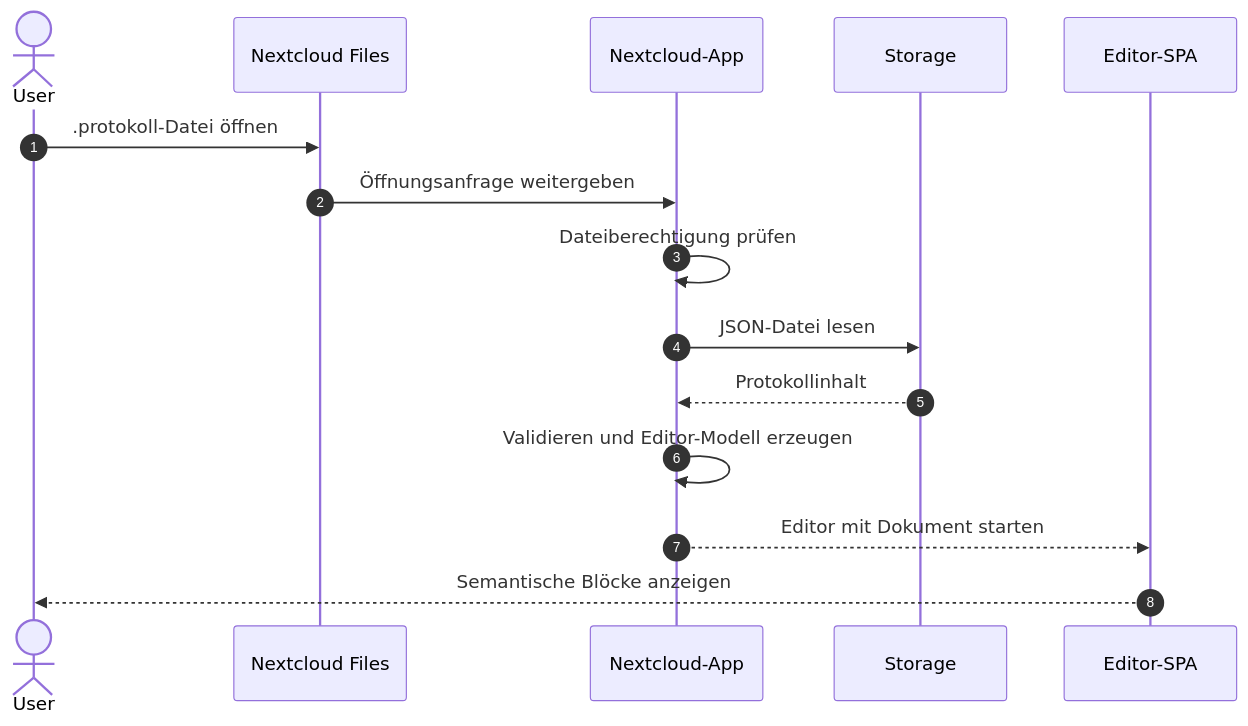
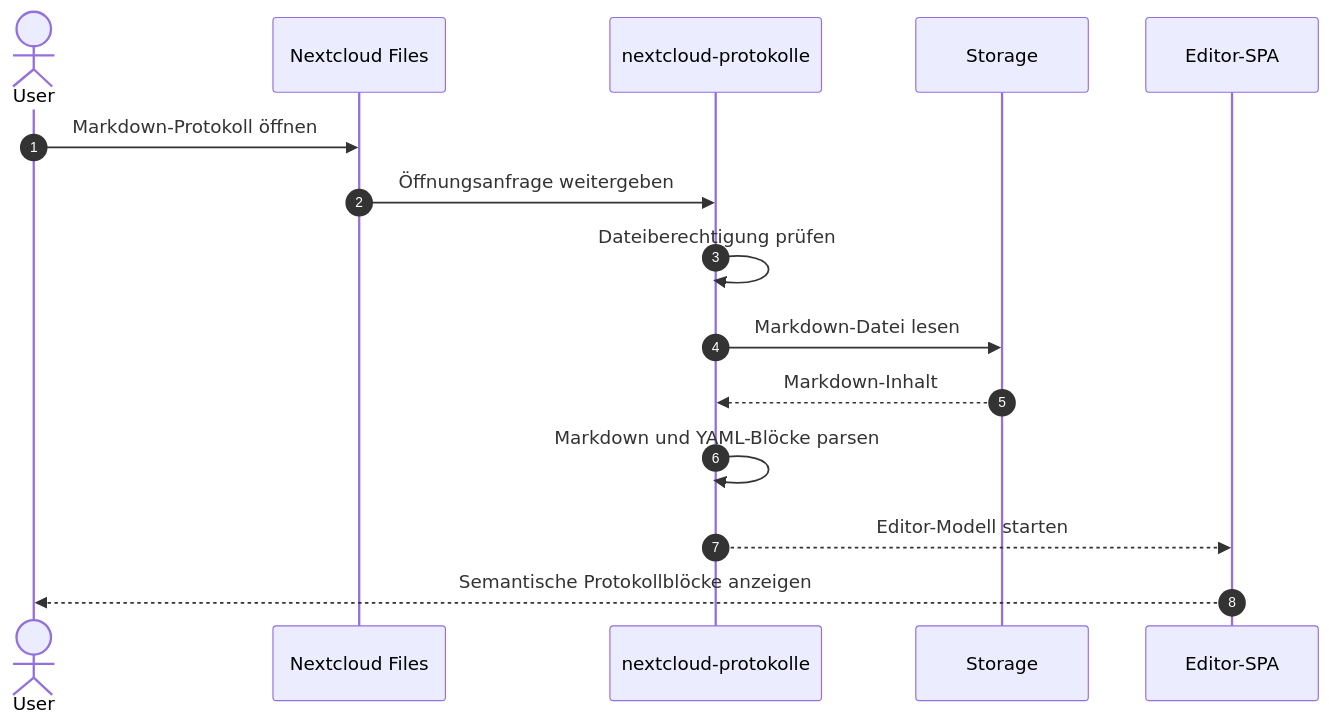
One commit to dergabriel/nextcloud-protokolle changed the third of 5 diagrams in ARCHITECTURE.md. Above: the diagram before and after it, drawn with Mermaid. The commit also changed other lines of this file, not shown here.

Commit message:
docs: pivot architecture to lean on nextcloud text and user_oidc

````diff
--- a/ARCHITECTURE.md
+++ b/ARCHITECTURE.md
@@ -184,18 +236,18 @@
 ```mermaid
 sequenceDiagram
     autonumber
     actor U as User
     participant F as Nextcloud Files
-    participant A as Nextcloud-App
+    participant A as nextcloud-protokolle
     participant S as Storage
     participant E as Editor-SPA
 
-    U->>F: .protokoll-Datei öffnen
+    U->>F: Markdown-Protokoll öffnen
     F->>A: Öffnungsanfrage weitergeben
     A->>A: Dateiberechtigung prüfen
-    A->>S: JSON-Datei lesen
-    S-->>A: Protokollinhalt
-    A->>A: Validieren und Editor-Modell erzeugen
-    A-->>E: Editor mit Dokument starten
-    E-->>U: Semantische Blöcke anzeigen
+    A->>S: Markdown-Datei lesen
+    S-->>A: Markdown-Inhalt
+    A->>A: Markdown und YAML-Blöcke parsen
+    A-->>E: Editor-Modell starten
+    E-->>U: Semantische Protokollblöcke anzeigen
 ```
````
